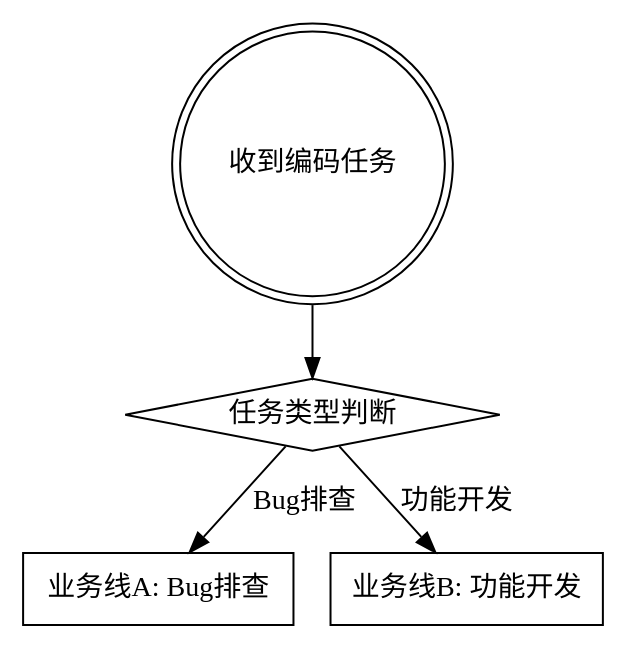
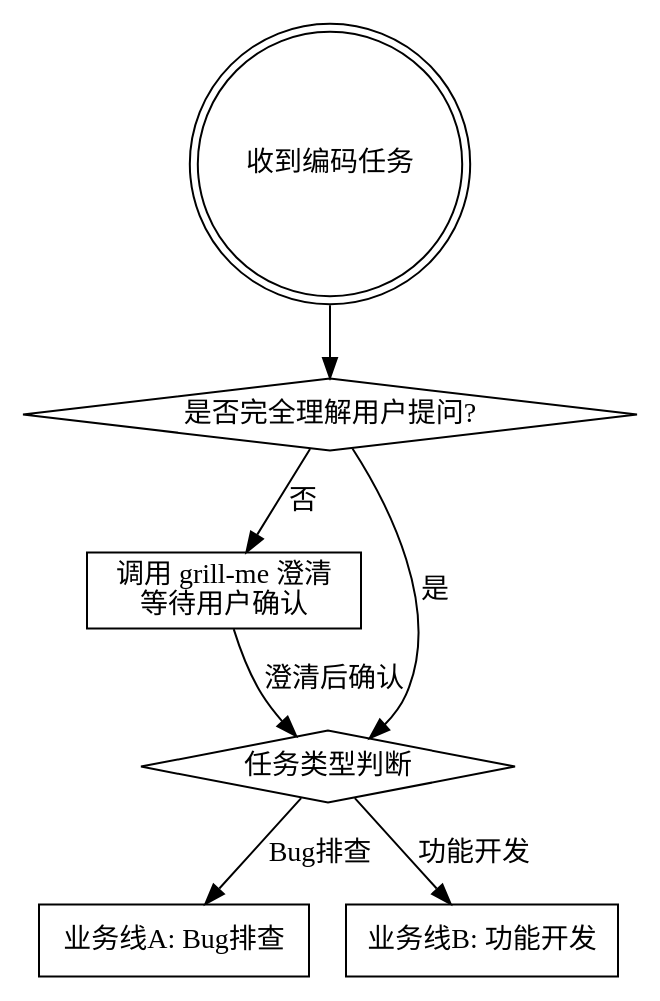
One commit to 52lu/claude-code-extend changed the first of 3 diagrams in packages/skills/coder-task/SKILL.md. Above: the diagram before and after it, drawn with Graphviz. The commit also changed other lines of this file and 1 other file, not shown here.

````diff
--- a/packages/skills/coder-task/SKILL.md
+++ b/packages/skills/coder-task/SKILL.md
@@ -12,12 +32,17 @@
 ```dot
 digraph coder_task {
     "收到编码任务" [shape=doublecircle];
+    "是否完全理解用户提问?" [shape=diamond];
+    "调用 grill-me 澄清\n等待用户确认" [shape=box];
     "任务类型判断" [shape=diamond];
     "业务线A: Bug排查" [shape=box];
     "业务线B: 功能开发" [shape=box];
 
-    "收到编码任务" -> "任务类型判断";
+    "收到编码任务" -> "是否完全理解用户提问?";
+    "是否完全理解用户提问?" -> "调用 grill-me 澄清\n等待用户确认" [label="否"];
+    "是否完全理解用户提问?" -> "任务类型判断" [label="是"];
+    "调用 grill-me 澄清\n等待用户确认" -> "任务类型判断" [label="澄清后确认"];
     "任务类型判断" -> "业务线A: Bug排查" [label="Bug排查"];
     "任务类型判断" -> "业务线B: 功能开发" [label="功能开发"];
 }
 ```
````
